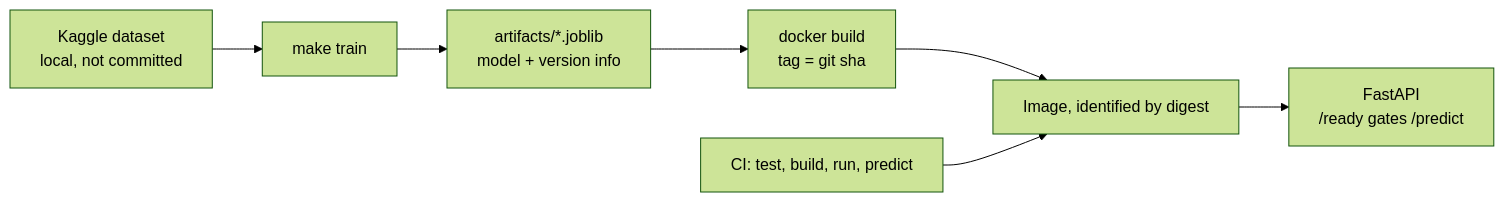
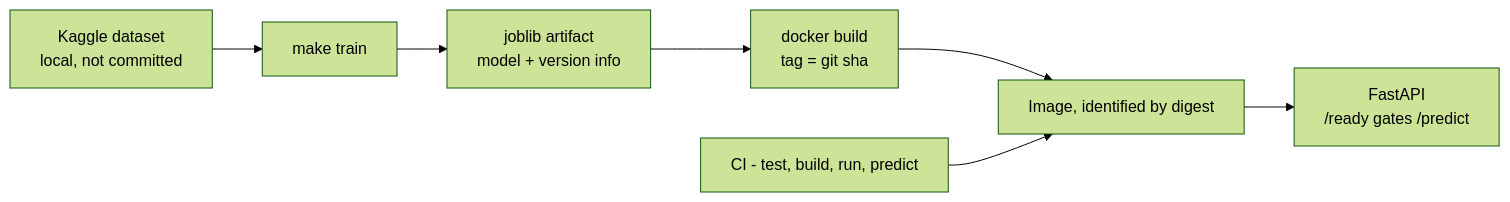
One commit to Fake45mar/view_model changed the third of 4 diagrams in docs/ARCHITECTURE.md. Above: the diagram before and after it, drawn with Mermaid (forest theme). The commit also changed other lines of this file and 1 other file, not shown here.

Commit message:
docs: fix stale metric wording, simplify diagram labels

````diff
--- a/docs/ARCHITECTURE.md
+++ b/docs/ARCHITECTURE.md
@@ -470,9 +469,9 @@
 ```mermaid
 flowchart LR
     A[Kaggle dataset<br/>local, not committed] --> B[make train]
-    B --> C[artifacts/*.joblib<br/>model + version info]
+    B --> C[joblib artifact<br/>model + version info]
     C --> D[docker build<br/>tag = git sha]
     D --> E[Image, identified by digest]
     E --> F[FastAPI<br/>/ready gates /predict]
-    G[CI: test, build, run, predict] --> E
+    G[CI - test, build, run, predict] --> E
 ```
````
